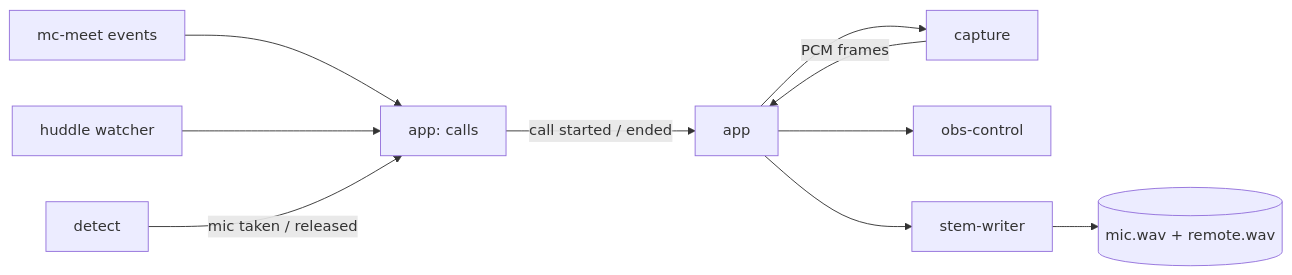
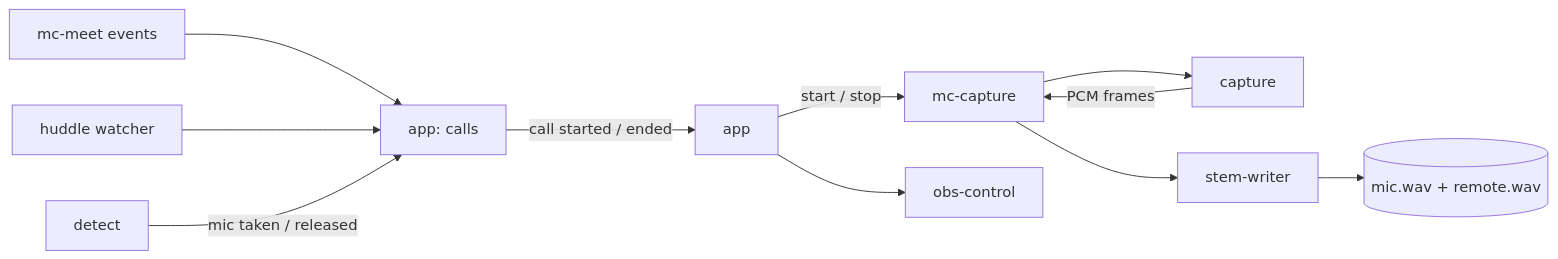
The sixth of 9 diagrams in docs/02-architecture.md (kujjwal02/meeting-capture), drawn with Mermaid before and after one commit. The commit also changed other lines of this file and 2 other files, not shown here.

Commit message:
Plan phase 3: a supervised mc-capture helper records tap and mic stems

````diff
--- a/docs/02-architecture.md
+++ b/docs/02-architecture.md
@@ -126,12 +126,13 @@
 ```mermaid
 flowchart LR
     MEET["mc-meet events"] --> CALLS["app: calls"]
     HUD["huddle watcher"] --> CALLS
     DET["detect"] -->|mic taken / released| CALLS
     CALLS -->|call started / ended| APP["app"]
-    APP --> CAP["capture"]
+    APP -->|start / stop| HELPER["mc-capture"]
     APP --> OBS["obs-control"]
-    CAP -->|PCM frames| APP
-    APP --> STEM["stem-writer"]
+    HELPER --> CAP["capture"]
+    CAP -->|PCM frames| HELPER
+    HELPER --> STEM["stem-writer"]
     STEM --> MEDIA[("mic.wav + remote.wav")]
 ```
````
